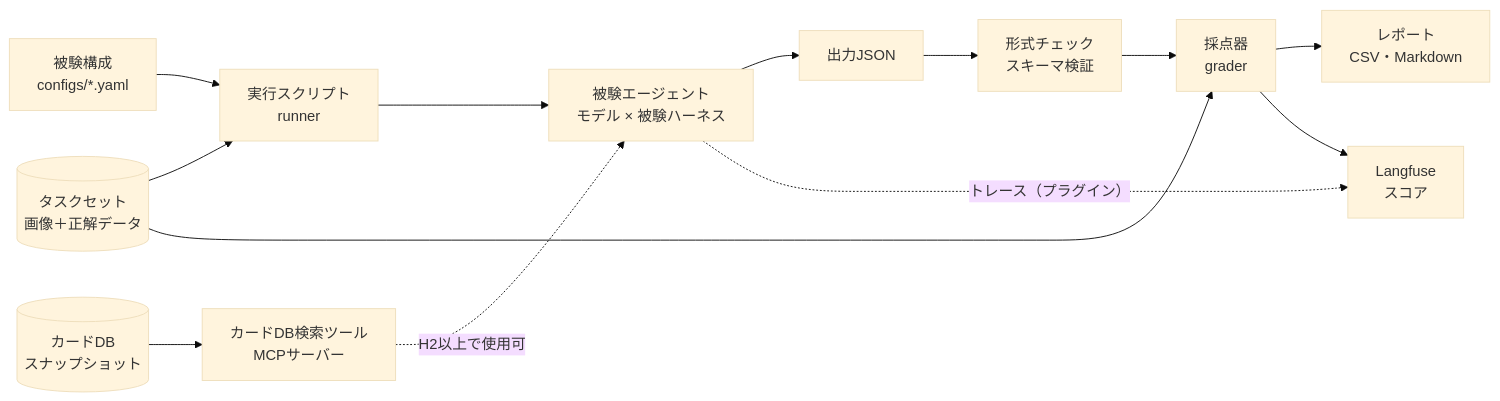
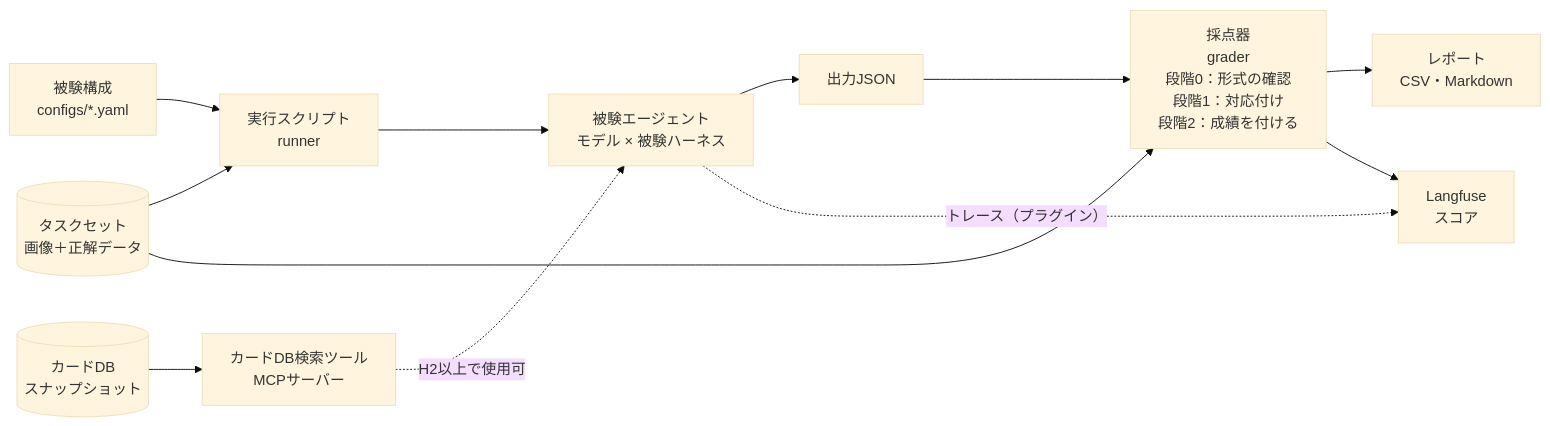
One commit to mgmaru/tcg-buylist-eval changed the third of 7 diagrams in docs/tcg-buylist-eval-design.md. Above: the diagram before and after it, drawn with Mermaid (base theme). The commit also changed other lines of this file and 1 other file, not shown here.

First line of the commit message:
Write the grader algorithm into the design doc (chapter 8)

````diff
--- a/docs/tcg-buylist-eval-design.md
+++ b/docs/tcg-buylist-eval-design.md
@@ -214,15 +214,14 @@
 ```mermaid
 flowchart LR
     T[(タスクセット<br/>画像＋正解データ)] --> R
     C[被験構成<br/>configs/*.yaml] --> R
     R[実行スクリプト<br/>runner] --> A[被験エージェント<br/>モデル × 被験ハーネス]
     D[(カードDB<br/>スナップショット)] --> TOOL[カードDB検索ツール<br/>MCPサーバー]
     TOOL -. H2以上で使用可 .-> A
     A --> O[出力JSON]
-    O --> V[形式チェック<br/>スキーマ検証]
-    V --> G[採点器<br/>grader]
+    O --> G[採点器<br/>grader<br/>段階0：形式の確認<br/>段階1：対応付け<br/>段階2：成績を付ける]
     T --> G
     G --> REP[レポート<br/>CSV・Markdown]
     G --> LF[Langfuse<br/>スコア]
     A -. トレース（プラグイン） .-> LF
 ```
````
